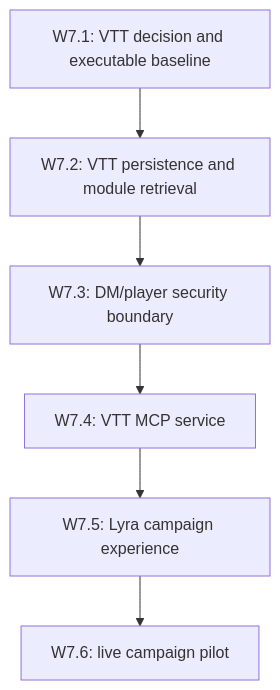
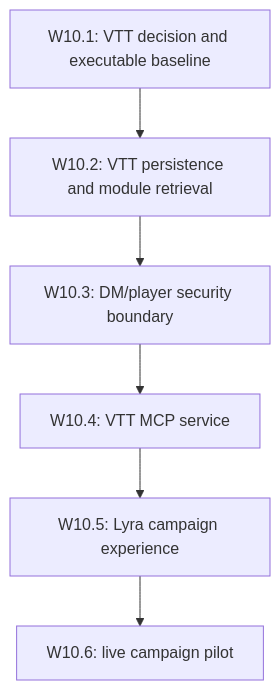
The tenth of 10 diagrams in docs/lyra_build_plan.md (ChrisHartline/Lyra), drawn with Mermaid before and after one commit. The commit also changed other lines of this file, not shown here.

Commit message:
Roadmap: prioritize companion experience waves

````diff
--- a/docs/lyra_build_plan.md
+++ b/docs/lyra_build_plan.md
@@ -317,14 +416,14 @@
 ```mermaid
 graph TD
-    W71[W7.1: VTT decision and executable baseline]
-    W72[W7.2: VTT persistence and module retrieval]
-    W73[W7.3: DM/player security boundary]
-    W74[W7.4: VTT MCP service]
-    W75[W7.5: Lyra campaign experience]
-    W76[W7.6: live campaign pilot]
-    W71 --> W72
-    W72 --> W73
-    W73 --> W74
-    W74 --> W75
-    W75 --> W76
+    W101[W10.1: VTT decision and executable baseline]
+    W102[W10.2: VTT persistence and module retrieval]
+    W103[W10.3: DM/player security boundary]
+    W104[W10.4: VTT MCP service]
+    W105[W10.5: Lyra campaign experience]
+    W106[W10.6: live campaign pilot]
+    W101 --> W102
+    W102 --> W103
+    W103 --> W104
+    W104 --> W105
+    W105 --> W106
 ```
````
